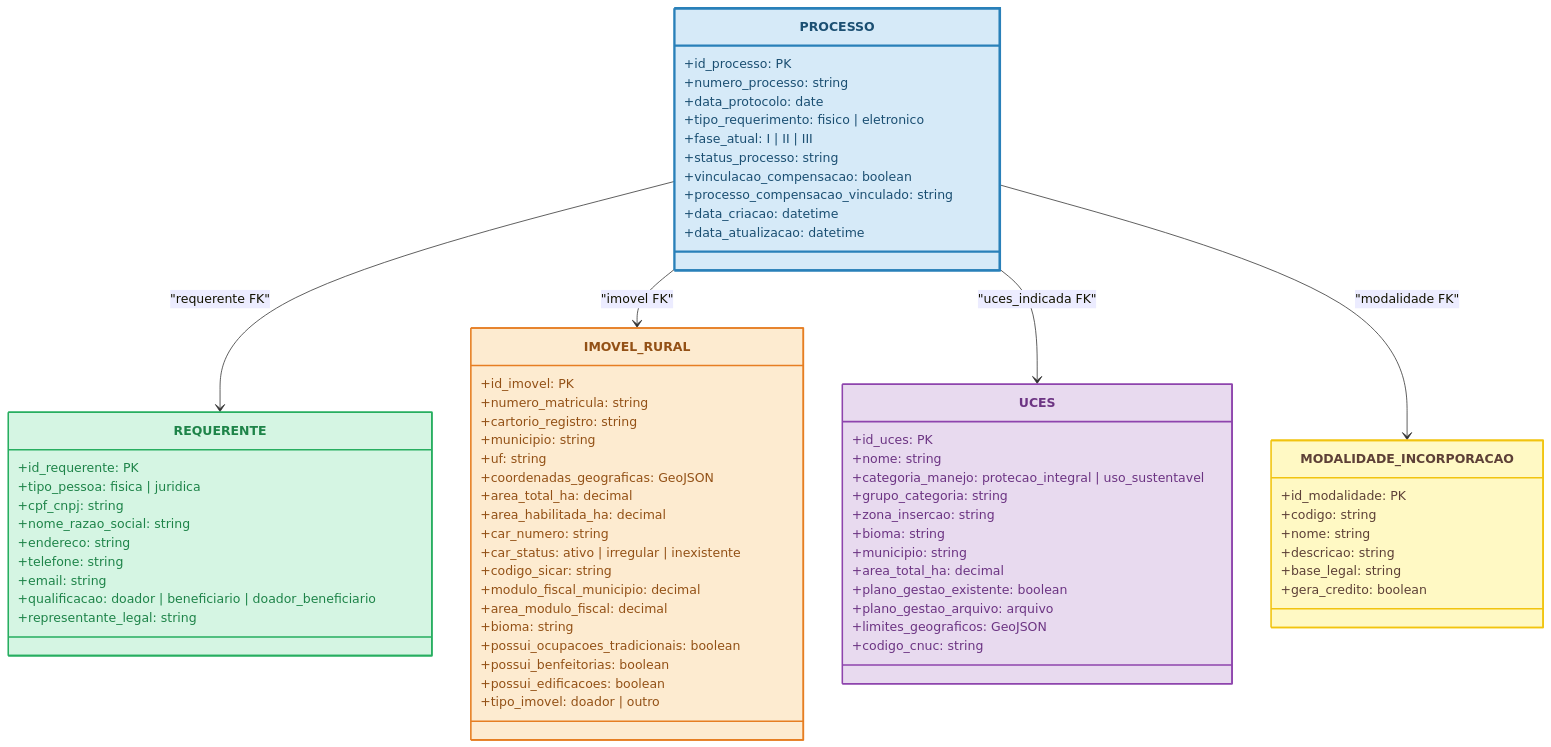
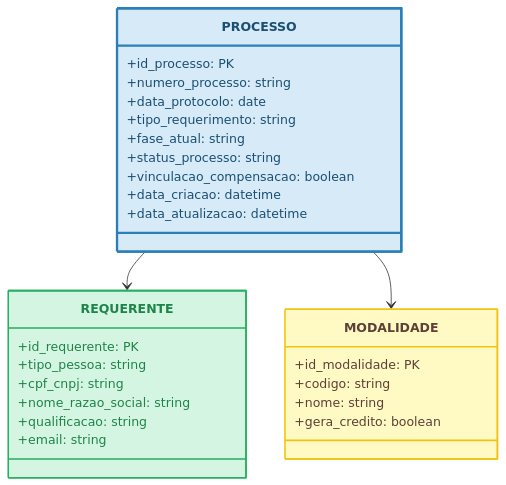
The second of 14 diagrams in docs/05-modelo-dados/modelo-dados.md (NGEO-IDEFLOR-Bio/certFundiaria-uces-pa), drawn with Mermaid before and after one commit. The commit also changed other lines of this file, not shown here.

Commit message:
Fix parse errors em classDiagram (remove labels com aspas/numeros) e divide diagramas grandes em menores para evitar corte vertical no GitHub

````diff
--- a/docs/05-modelo-dados/modelo-dados.md
+++ b/docs/05-modelo-dados/modelo-dados.md
@@ -45,80 +34,34 @@
         +id_processo: PK
         +numero_processo: string
         +data_protocolo: date
-        +tipo_requerimento: fisico | eletronico
-        +fase_atual: I | II | III
+        +tipo_requerimento: string
+        +fase_atual: string
         +status_processo: string
         +vinculacao_compensacao: boolean
-        +processo_compensacao_vinculado: string
         +data_criacao: datetime
         +data_atualizacao: datetime
     }
 
     class REQUERENTE {
         +id_requerente: PK
-        +tipo_pessoa: fisica | juridica
+        +tipo_pessoa: string
         +cpf_cnpj: string
         +nome_razao_social: string
-        +endereco: string
-        +telefone: string
+        +qualificacao: string
         +email: string
-        +qualificacao: doador | beneficiario | doador_beneficiario
-        +representante_legal: string
     }
 
-    class IMOVEL_RURAL {
-        +id_imovel: PK
-        +numero_matricula: string
-        +cartorio_registro: string
-        +municipio: string
-        +uf: string
-        +coordenadas_geograficas: GeoJSON
-        +area_total_ha: decimal
-        +area_habilitada_ha: decimal
-        +car_numero: string
-        +car_status: ativo | irregular | inexistente
-        +codigo_sicar: string
-        +modulo_fiscal_municipio: decimal
-        +area_modulo_fiscal: decimal
-        +bioma: string
-        +possui_ocupacoes_tradicionais: boolean
-        +possui_benfeitorias: boolean
-        +possui_edificacoes: boolean
-        +tipo_imovel: doador | outro
-    }
-
-    class UCES {
-        +id_uces: PK
-        +nome: string
-        +categoria_manejo: protecao_integral | uso_sustentavel
-        +grupo_categoria: string
-        +zona_insercao: string
-        +bioma: string
-        +municipio: string
-        +area_total_ha: decimal
-        +plano_gestao_existente: boolean
-        +plano_gestao_arquivo: arquivo
-        +limites_geograficos: GeoJSON
-        +codigo_cnuc: string
-    }
-
-    class MODALIDADE_INCORPORACAO {
+    class MODALIDADE {
         +id_modalidade: PK
         +codigo: string
         +nome: string
-        +descricao: string
-        +base_legal: string
         +gera_credito: boolean
     }
 
-    PROCESSO --> REQUERENTE : "requerente FK"
-    PROCESSO --> IMOVEL_RURAL : "imovel FK"
-    PROCESSO --> UCES : "uces_indicada FK"
-    PROCESSO --> MODALIDADE_INCORPORACAO : "modalidade FK"
+    PROCESSO --> REQUERENTE
+    PROCESSO --> MODALIDADE
 
     style PROCESSO fill:#D6EAF8,stroke:#2980B9,stroke-width:3px,color:#1B4F72
     style REQUERENTE fill:#D5F5E3,stroke:#27AE60,stroke-width:2px,color:#1E8449
-    style IMOVEL_RURAL fill:#FDEBD0,stroke:#E67E22,stroke-width:2px,color:#935116
-    style UCES fill:#E8DAEF,stroke:#8E44AD,stroke-width:2px,color:#6C3483
-    style MODALIDADE_INCORPORACAO fill:#FFF9C4,stroke:#F1C40F,stroke-width:2px,color:#5D4037
+    style MODALIDADE fill:#FFF9C4,stroke:#F1C40F,stroke-width:2px,color:#5D4037
 ```
````
